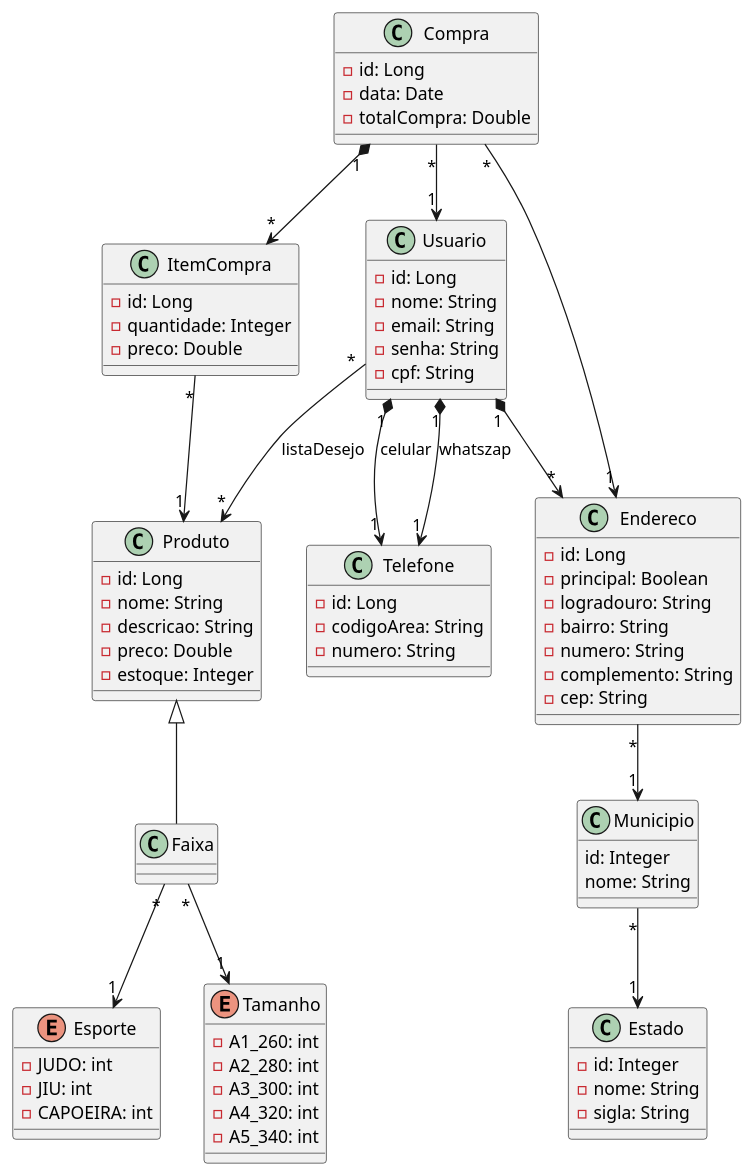
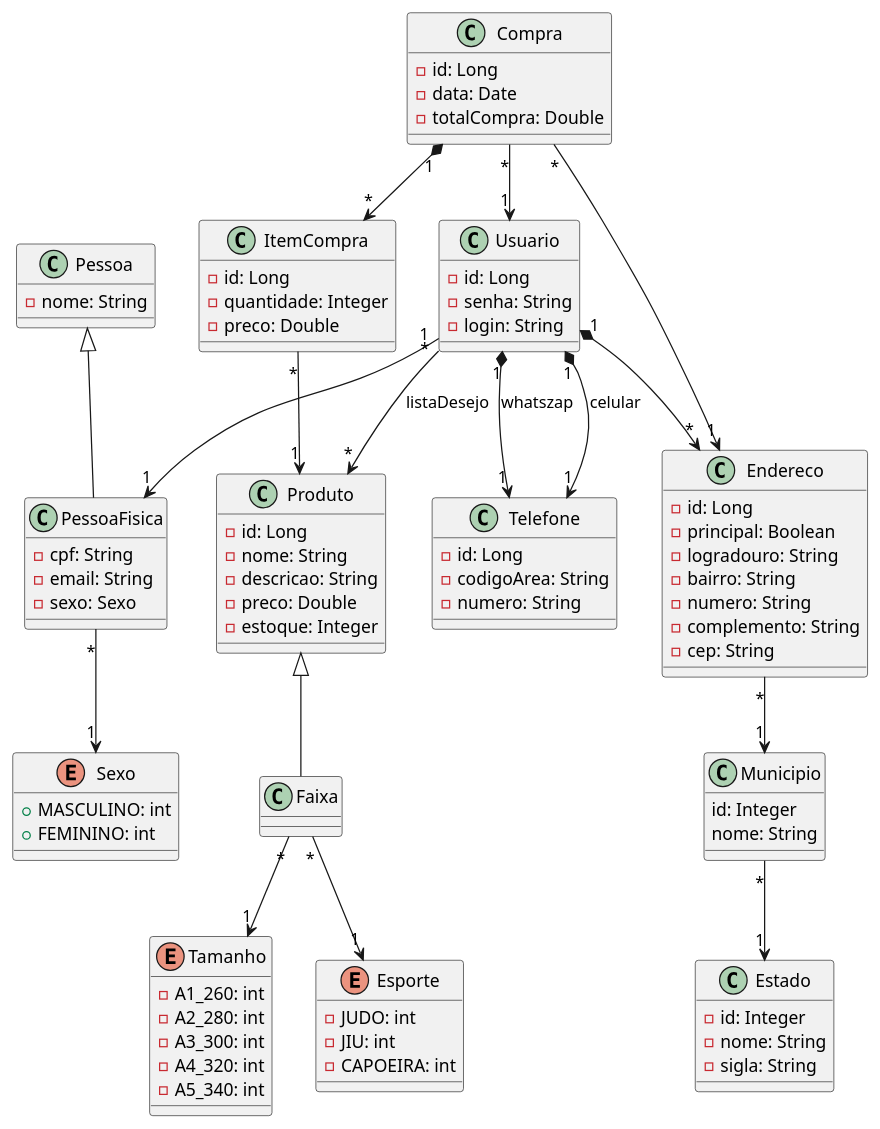
Before and after one commit to JpBllack/ExemploProfessor: the diagram in src/main/resources/doc/diagrama.plantuml, drawn with PlantUML.

Commit message:
Modelagem

```diff
--- a/src/main/resources/doc/diagrama.plantuml
+++ b/src/main/resources/doc/diagrama.plantuml
@@ -1,98 +1,116 @@
 @startuml
 
     class Produto {
        - id: Long
        - nome: String
        - descricao: String
        - preco: Double
        - estoque: Integer
     }
 
     class Faixa {
 
 
     }
 
     enum Esporte {
         - JUDO: int
         - JIU: int 
         - CAPOEIRA: int
     }
 
     enum Tamanho {
         - A1_260: int
         - A2_280: int 
         - A3_300: int
         - A4_320: int 
         - A5_340: int
     }
 
     class Usuario {
         - id: Long
-        - nome: String 
-        - email: String
         - senha: String 
-        - cpf: String 
+        - login: String 
     }
 
     class Telefone {
         - id: Long
         - codigoArea: String
         - numero: String
     }
 
     class Compra {
         - id: Long
         - data: Date
         - totalCompra: Double
     }
 
     class ItemCompra {
         - id: Long
         - quantidade: Integer
         - preco: Double
     }
 
     class Endereco {
         - id: Long
         - principal: Boolean
         - logradouro: String
         - bairro: String 
         - numero: String 
         - complemento: String
         - cep: String 
     }
 
     class Municipio {
         id: Integer
         nome: String
     }
 
     class Estado {
         - id: Integer
         - nome: String
         - sigla: String
     }
 
+    class Pessoa {
+        - nome: String
+    }
+
+    class PessoaFisica {
+        - cpf: String
+        - email: String
+        - sexo: Sexo
+    }
+
+    enum Sexo {
+        + MASCULINO: int
+        + FEMININO: int
+    }
+
     Faixa  -up-|> Produto
 
     Faixa "*" --> "1" Tamanho
     Faixa "*" --> "1" Esporte
+
+    PessoaFisica -up-|> Pessoa
+    Usuario "1" --> "1" PessoaFisica
 
     Usuario "*" --> "*" Produto: listaDesejo
     Usuario "1" *--> "1" Telefone: celular
     Usuario "1" *--> "1" Telefone: whatszap
     Usuario "1" *--> "*" Endereco
 
     Compra "1" *--> "*" ItemCompra
     Compra "*" --> "1" Usuario
     Compra "*"  --> "1" Endereco
 
     ItemCompra "*" --> "1" Produto
 
     Endereco "*" --> "1" Municipio
     
     Municipio "*" --> "1" Estado
 
+    PessoaFisica "*" --> "1" Sexo
+
 
 @enduml
```
